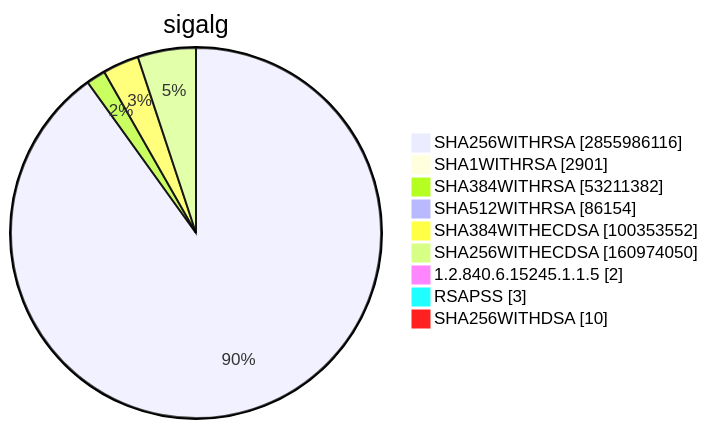
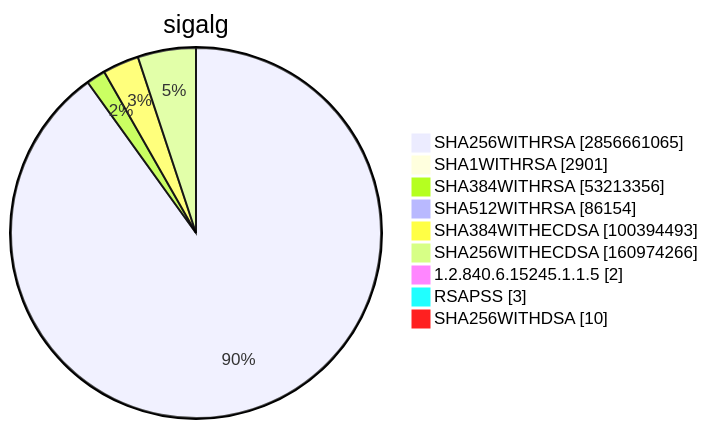
One commit to christiankrug/ctmonitor_visualization changed diagram 15 of 15 in TOTAL/README.md. Above: the diagram before and after it, drawn with Mermaid. The commit also changed other lines of this file, not shown here.

````diff
--- a/TOTAL/README.md
+++ b/TOTAL/README.md
@@ -6207,13 +6207,13 @@
 ```mermaid
 pie showData
 title sigalg
-"SHA256WITHRSA" :2855986116
+"SHA256WITHRSA" :2856661065
 "SHA1WITHRSA" :2901
-"SHA384WITHRSA" :53211382
+"SHA384WITHRSA" :53213356
 "SHA512WITHRSA" :86154
-"SHA384WITHECDSA" :100353552
-"SHA256WITHECDSA" :160974050
+"SHA384WITHECDSA" :100394493
+"SHA256WITHECDSA" :160974266
 "1.2.840.6.15245.1.1.5" :2
 "RSAPSS" :3
 "SHA256WITHDSA" :10
 ```
````
